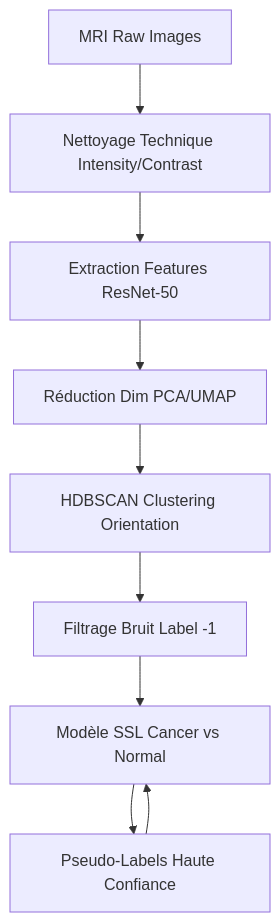
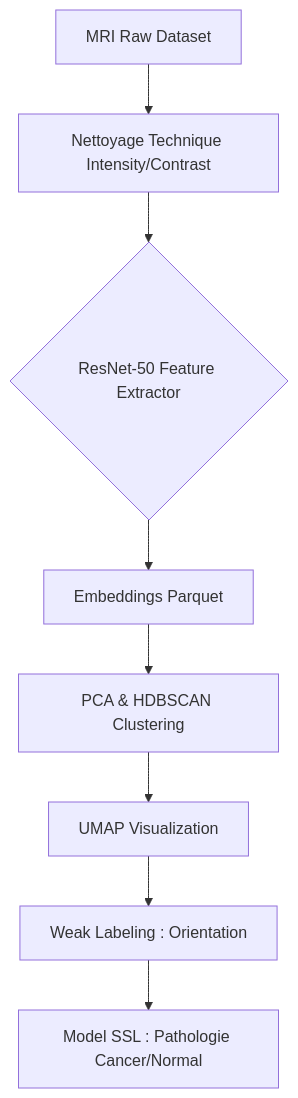
The first of 2 diagrams in README.md (RandomFab/BRAINSCANAI), drawn with Mermaid before and after one commit. The commit also changed other lines of this file, not shown here.

````diff
--- a/README.md
+++ b/README.md
@@ -30,11 +70,10 @@
 ```mermaid
 graph TB
-    A[MRI Raw Images] --> B[Nettoyage Technique Intensity/Contrast]
-    B --> C[Extraction Features ResNet-50]
-    C --> D[Réduction Dim PCA/UMAP]
-    D --> E[HDBSCAN Clustering Orientation]
-    E --> F[Filtrage Bruit Label -1]
-    F --> G[Modèle SSL Cancer vs Normal]
-    G --> H[Pseudo-Labels Haute Confiance]
-    H --> G
+    A[MRI Raw Dataset] --> B[Nettoyage Technique Intensity/Contrast]
+    B --> C{ResNet-50 Feature Extractor}
+    C --> D[Embeddings Parquet]
+    D --> E[PCA & HDBSCAN Clustering]
+    E --> F[UMAP Visualization]
+    F --> G[Weak Labeling : Orientation]
+    G --> H[Model SSL : Pathologie Cancer/Normal]
 ```
````
